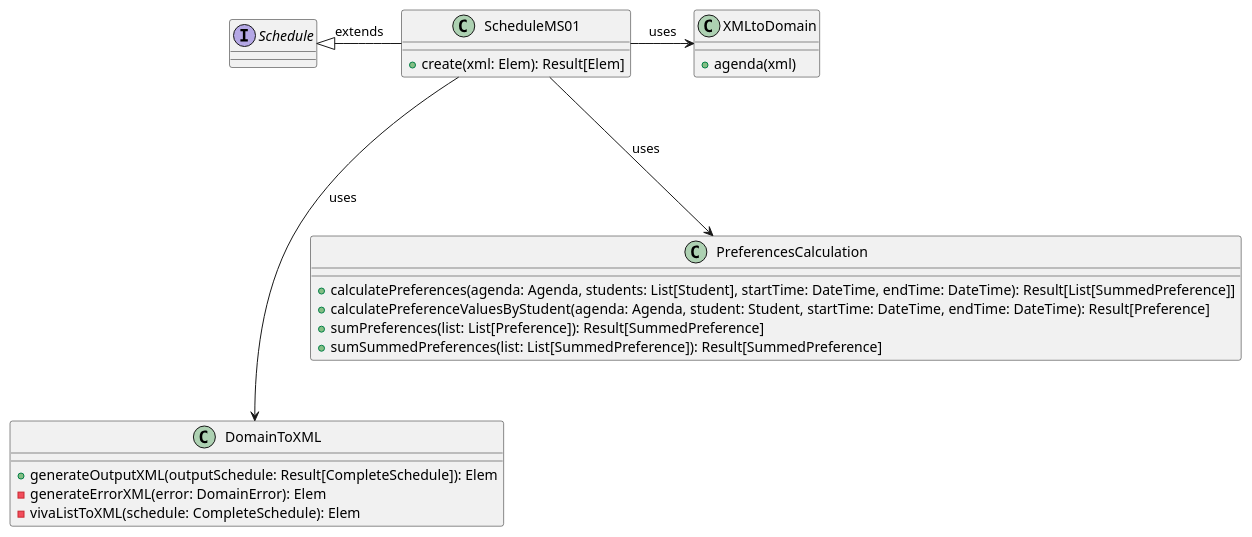
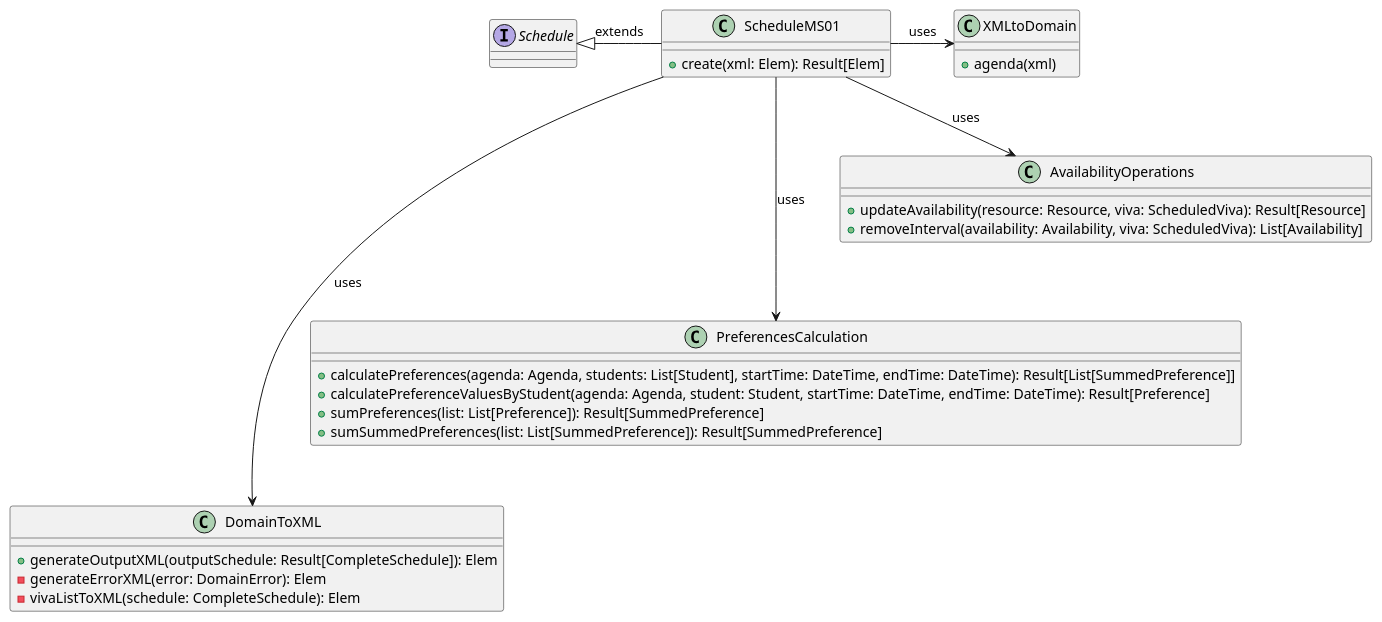
Before and after one commit to vitorpereiraa/meeting-scheduler: the diagram in diagrams/schedule.puml, drawn with PlantUML.

Commit message:
Update documentation of availabilities

```diff
--- a/diagrams/schedule.puml
+++ b/diagrams/schedule.puml
@@ -1,31 +1,37 @@
 @startuml
 
 interface Schedule
 
 class ScheduleMS01 {
     +create(xml: Elem): Result[Elem]
 }
 
 class XMLtoDomain {
     +agenda(xml)
 }
 
 class DomainToXML {
     +generateOutputXML(outputSchedule: Result[CompleteSchedule]): Elem
     -generateErrorXML(error: DomainError): Elem
     -vivaListToXML(schedule: CompleteSchedule): Elem
 }
 
 class PreferencesCalculation {
     +calculatePreferences(agenda: Agenda, students: List[Student], startTime: DateTime, endTime: DateTime): Result[List[SummedPreference]]
     +calculatePreferenceValuesByStudent(agenda: Agenda, student: Student, startTime: DateTime, endTime: DateTime): Result[Preference]
     +sumPreferences(list: List[Preference]): Result[SummedPreference]
     +sumSummedPreferences(list: List[SummedPreference]): Result[SummedPreference]
 }
 
+class AvailabilityOperations {
+    +updateAvailability(resource: Resource, viva: ScheduledViva): Result[Resource]
+    +removeInterval(availability: Availability, viva: ScheduledViva): List[Availability]
+}
+
 ScheduleMS01 --left-|> Schedule : extends
 ScheduleMS01 --right-> XMLtoDomain : uses
 ScheduleMS01 --down-> PreferencesCalculation : uses
 ScheduleMS01 ---down-> DomainToXML : uses
+ScheduleMS01 -down-> AvailabilityOperations : uses
 
 @enduml
```
